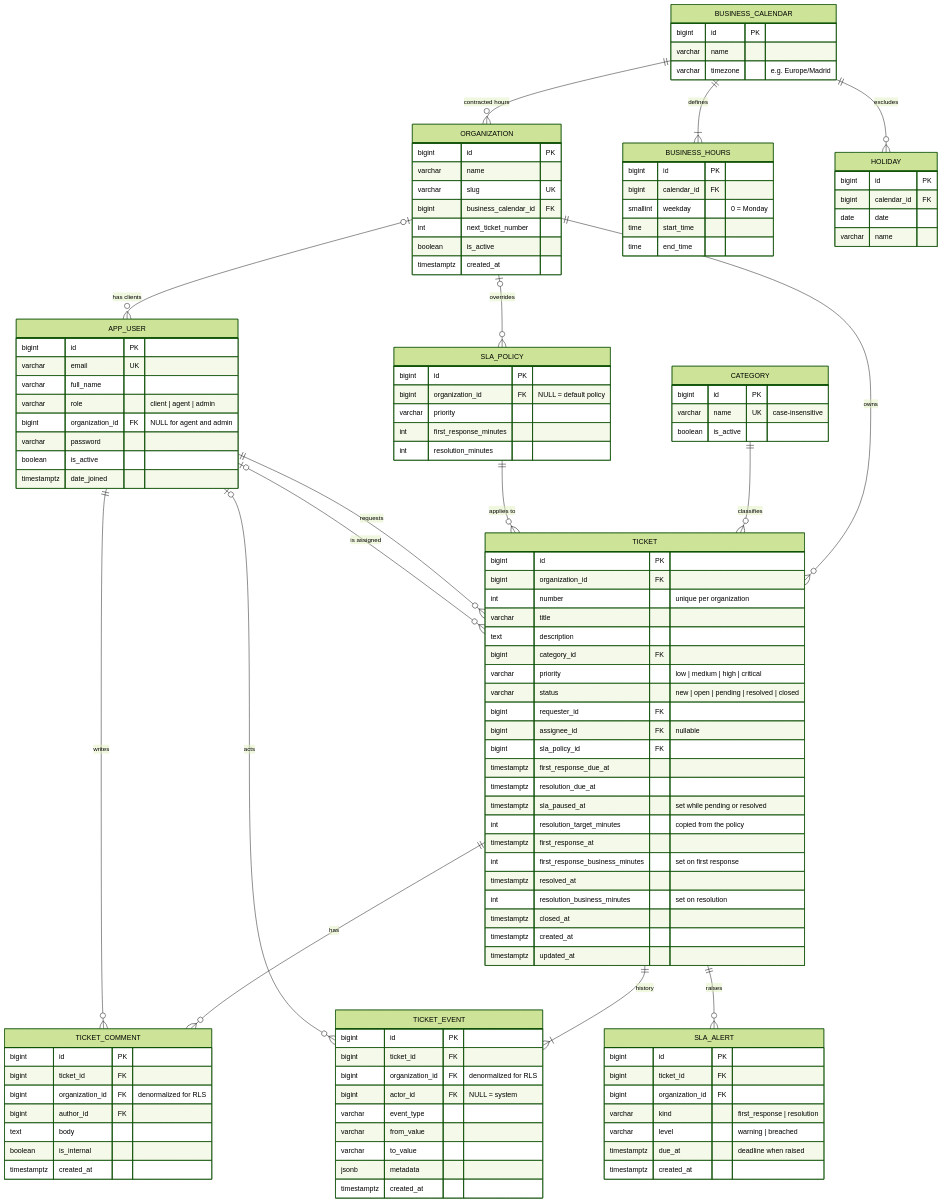
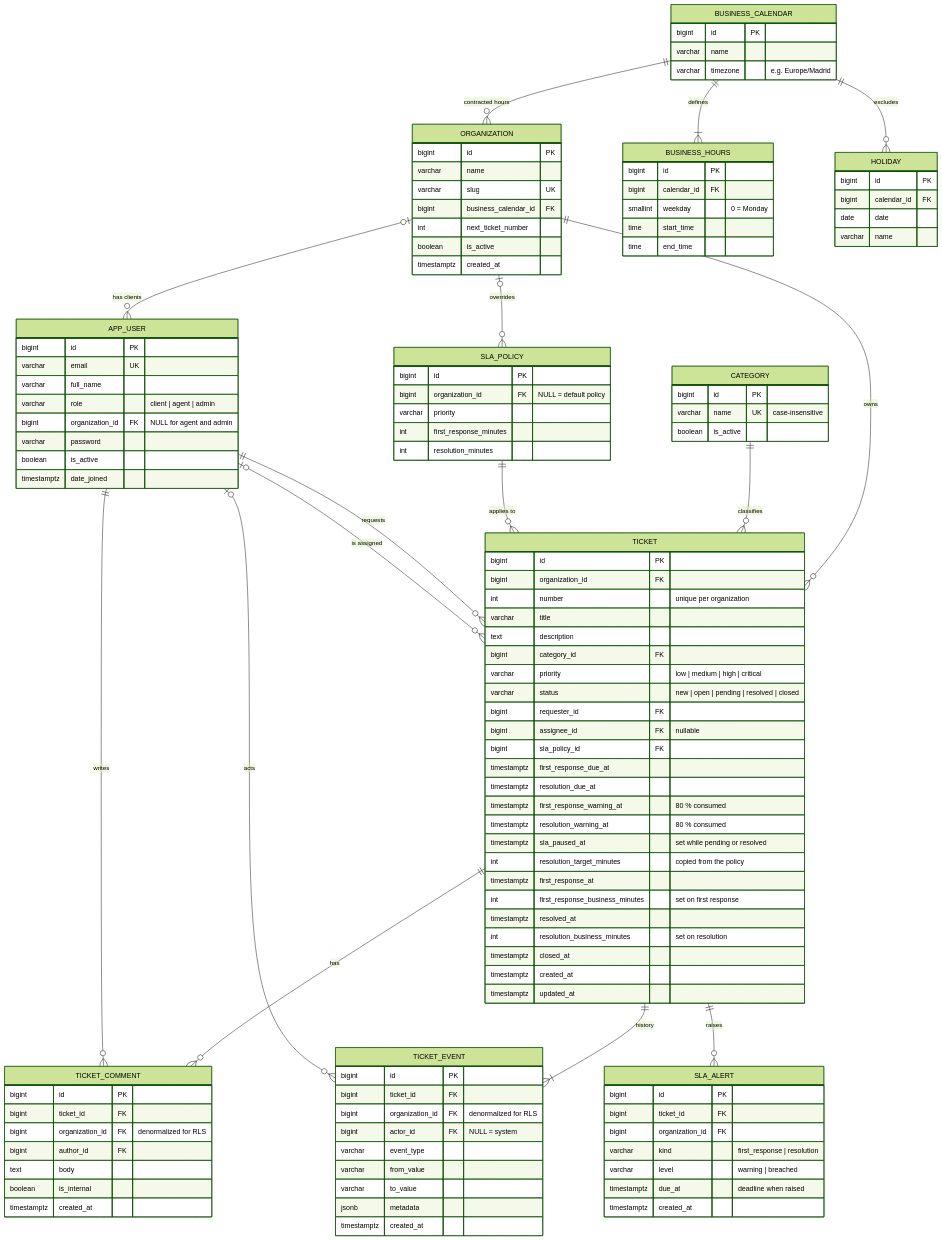
One commit to maarino02/helpdesk-sla changed the diagram in docs/data-model.md. Above: the diagram before and after it, drawn with Mermaid (forest theme). The commit also changed other lines of this file and 16 other files, not shown here.

```diff
--- a/docs/data-model.md
+++ b/docs/data-model.md
@@ -86,6 +86,8 @@
         bigint sla_policy_id FK
         timestamptz first_response_due_at
         timestamptz resolution_due_at
+        timestamptz first_response_warning_at "80 % consumed"
+        timestamptz resolution_warning_at "80 % consumed"
         timestamptz sla_paused_at "set while pending or resolved"
         int resolution_target_minutes "copied from the policy"
         timestamptz first_response_at
```
